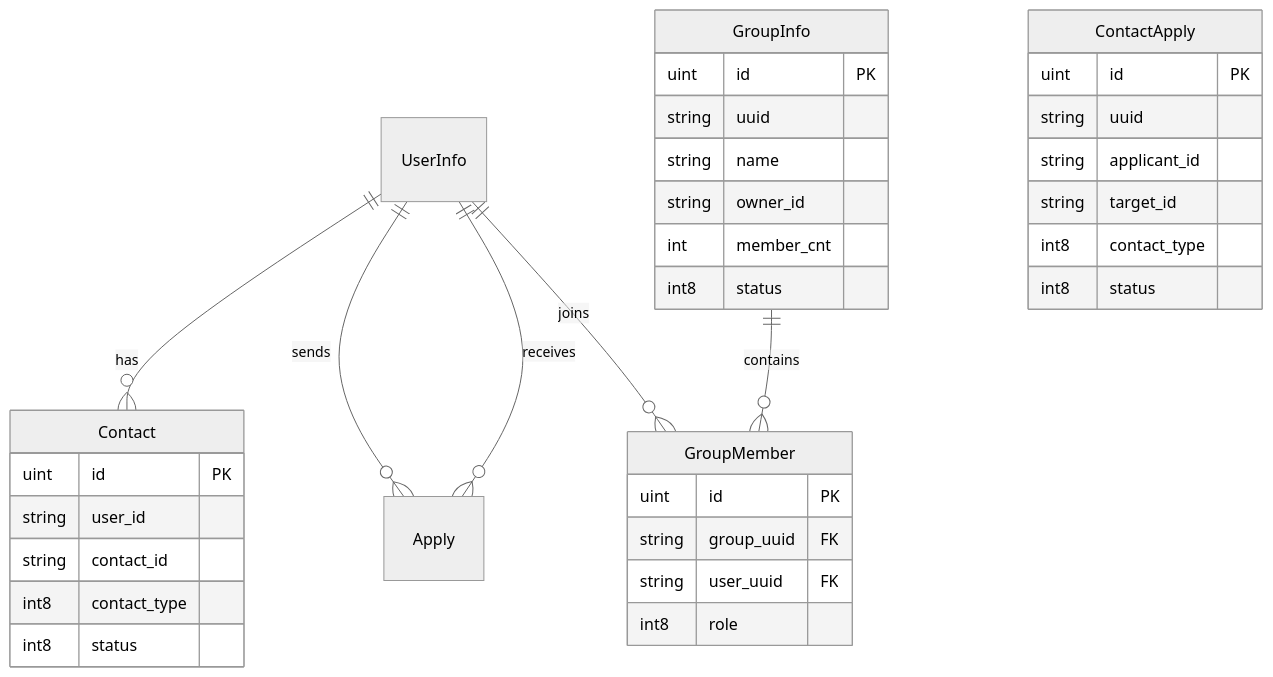
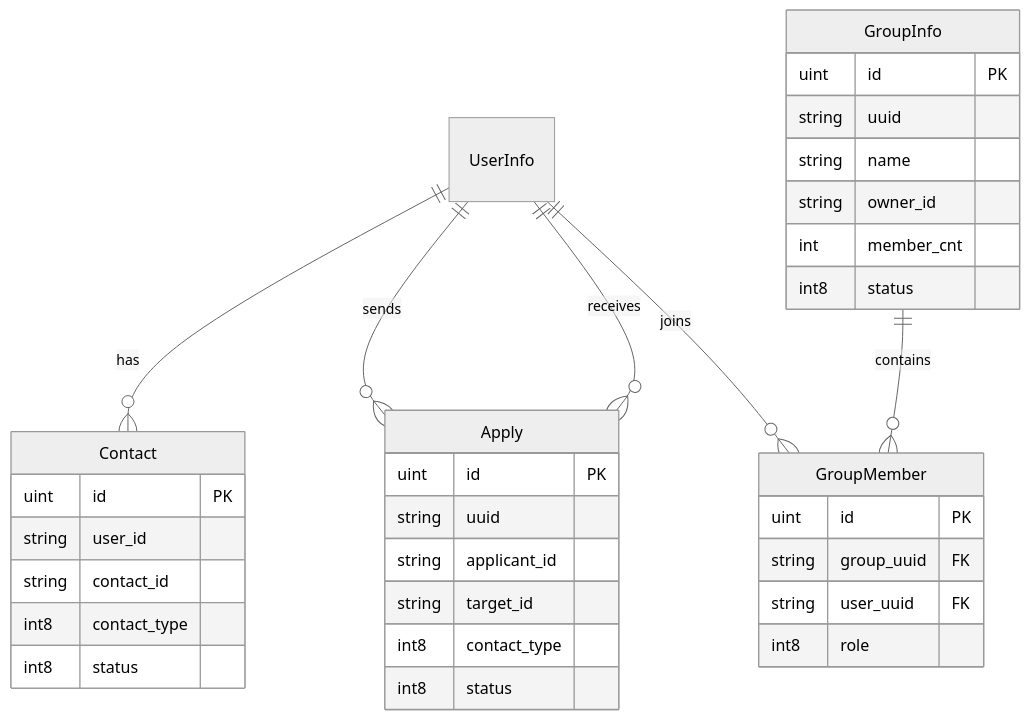
Before and after one commit to liusonglei796/chat-server: the diagram in tutorial/07_联系人与群组模型.md, drawn with Mermaid (neutral theme). The commit also changed other lines of this file and 24 other files, not shown here.

````diff
--- a/tutorial/07_联系人与群组模型.md
+++ b/tutorial/07_联系人与群组模型.md
@@ -17,41 +17,41 @@
 ```mermaid
 erDiagram
     UserInfo ||--o{ Contact : has
-    UserInfo ||--o{ Apply : sends
-    UserInfo ||--o{ Apply : receives
+  UserInfo ||--o{ Apply : sends
+  UserInfo ||--o{ Apply : receives
     UserInfo ||--o{ GroupMember : joins
     GroupInfo ||--o{ GroupMember : contains
     
     Contact {
         uint id PK
         string user_id
         string contact_id
         int8 contact_type
         int8 status
     }
     
-    ContactApply {
+    Apply {
         uint id PK
         string uuid
         string applicant_id
         string target_id
         int8 contact_type
         int8 status
     }
     
     GroupInfo {
         uint id PK
         string uuid
         string name
         string owner_id
         int member_cnt
         int8 status
     }
     
     GroupMember {
         uint id PK
         string group_uuid FK
         string user_uuid FK
         int8 role
     }
 ```
````
